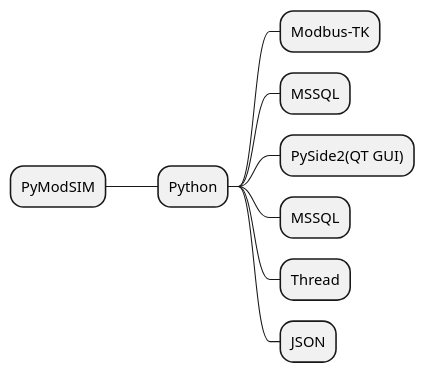
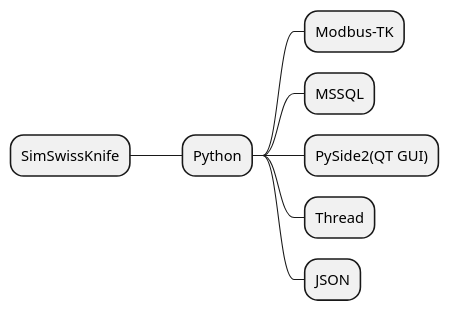
One commit to DKStudio/PyModSim changed the diagram in SimSwissKnife_Mind.puml. Above: the diagram before and after it, drawn with PlantUML. The commit also changed 2 other files, not shown here.

Commit message:
1.Add SimSwissKnife_Container.puml

```diff
--- a/SimSwissKnife_Mind.puml
+++ b/SimSwissKnife_Mind.puml
@@ -1,10 +1,9 @@
-@startmindmap PyModSIM
-* PyModSIM
+@startmindmap SimSwissKnife
+* SimSwissKnife
 ** Python
 *** Modbus-TK
 *** MSSQL
 *** PySide2(QT GUI)
-*** MSSQL
 *** Thread
 *** JSON
 @endmindmap
```
